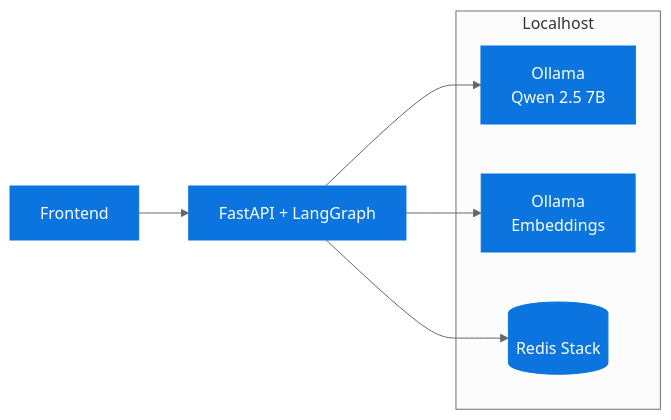
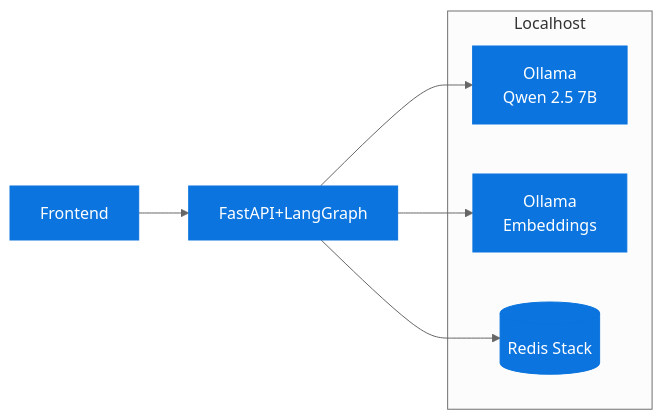
One commit to AllieRays/redis-wellness changed the diagram in docs/archive/2025-10-reset/04_TECH_CHOICES.md. Above: the diagram before and after it, drawn with Mermaid (neutral theme). The commit also changed 4 other files, not shown here.

````diff
--- a/docs/archive/2025-10-reset/04_TECH_CHOICES.md
+++ b/docs/archive/2025-10-reset/04_TECH_CHOICES.md
@@ -29,14 +29,13 @@
 ```mermaid path=null start=null
 flowchart LR
   subgraph Localhost
-    A[Ollama\nQwen 2.5 7B]:::svc
-    E[Ollama\nEmbeddings]:::svc
+    A[Ollama<br/>Qwen 2.5 7B]:::svc
+    E[Ollama<br/>Embeddings]:::svc
     R[(Redis Stack)]:::svc
   end
-  B[FastAPI + LangGraph]:::svc --> R
+  B[FastAPI+LangGraph]:::svc --> R
   B --> A
   B --> E
   UI[Frontend]:::svc --> B
-
   classDef svc fill:#0b74de,stroke:#0b74de,color:#fff
 ```
````
